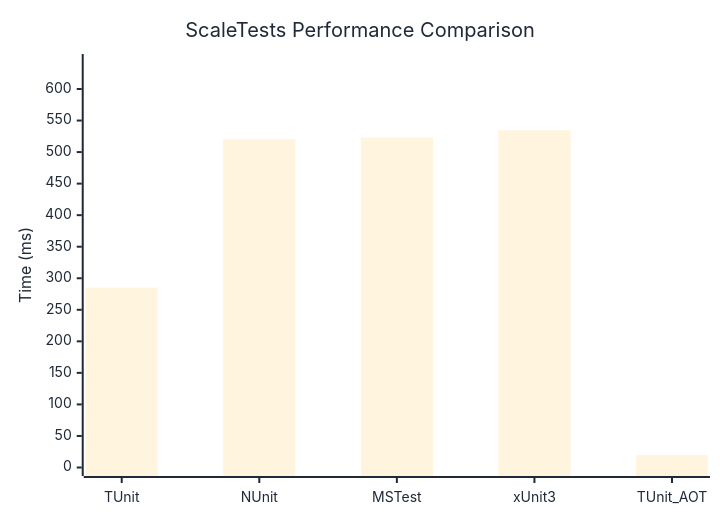
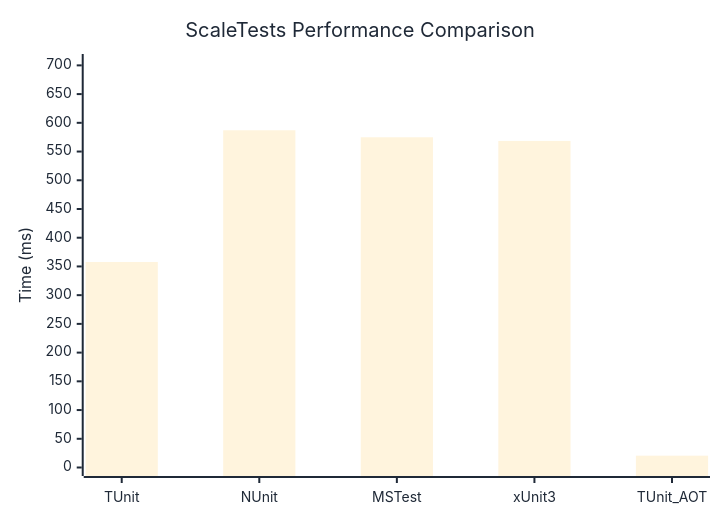
The diagram in docs/docs/benchmarks/engine/ScaleTests.md (thomhurst/TUnit), drawn with Mermaid before and after one commit. The commit also changed other lines of this file and 17 other files, not shown here.

````diff
--- a/docs/docs/benchmarks/engine/ScaleTests.md
+++ b/docs/docs/benchmarks/engine/ScaleTests.md
@@ -29,37 +29,37 @@
 ```mermaid
 %%{init: {
   'theme':'base',
   'themeVariables': {
     'primaryColor': '#2563eb',
     'primaryTextColor': '#1f2937',
     'primaryBorderColor': '#1e40af',
     'lineColor': '#6b7280',
     'secondaryColor': '#7c3aed',
     'tertiaryColor': '#dc2626',
     'background': '#ffffff',
     'mainBkg': '#2563eb',
     'secondBkg': '#7c3aed',
     'tertiaryBkg': '#dc2626',
     'clusterBkg': '#f3f4f6',
     'edgeLabelBackground': '#ffffff',
     'tertiaryTextColor': '#1f2937',
     'pie1': '#2563eb',
     'pie2': '#7c3aed',
     'pie3': '#dc2626',
     'pie4': '#f59e0b',
     'pie5': '#10b981',
     'pie6': '#06b6d4',
     'pie7': '#ec4899',
     'pie8': '#6366f1',
     'pie9': '#84cc16',
     'pie10': '#f97316',
     'pie11': '#14b8a6',
     'pie12': '#a855f7'
   }
 }}%%
 xychart-beta
   title "ScaleTests Performance Comparison"
   x-axis ["TUnit", "NUnit", "MSTest", "xUnit3", "TUnit_AOT"]
-  y-axis "Time (ms)" 0 --> 642
-  bar [285.06, 520.65, 523.02, 534.41, 19.8]
+  y-axis "Time (ms)" 0 --> 705
+  bar [357.7, 587.04, 574.83, 568.45, 20.6]
 ```
````
